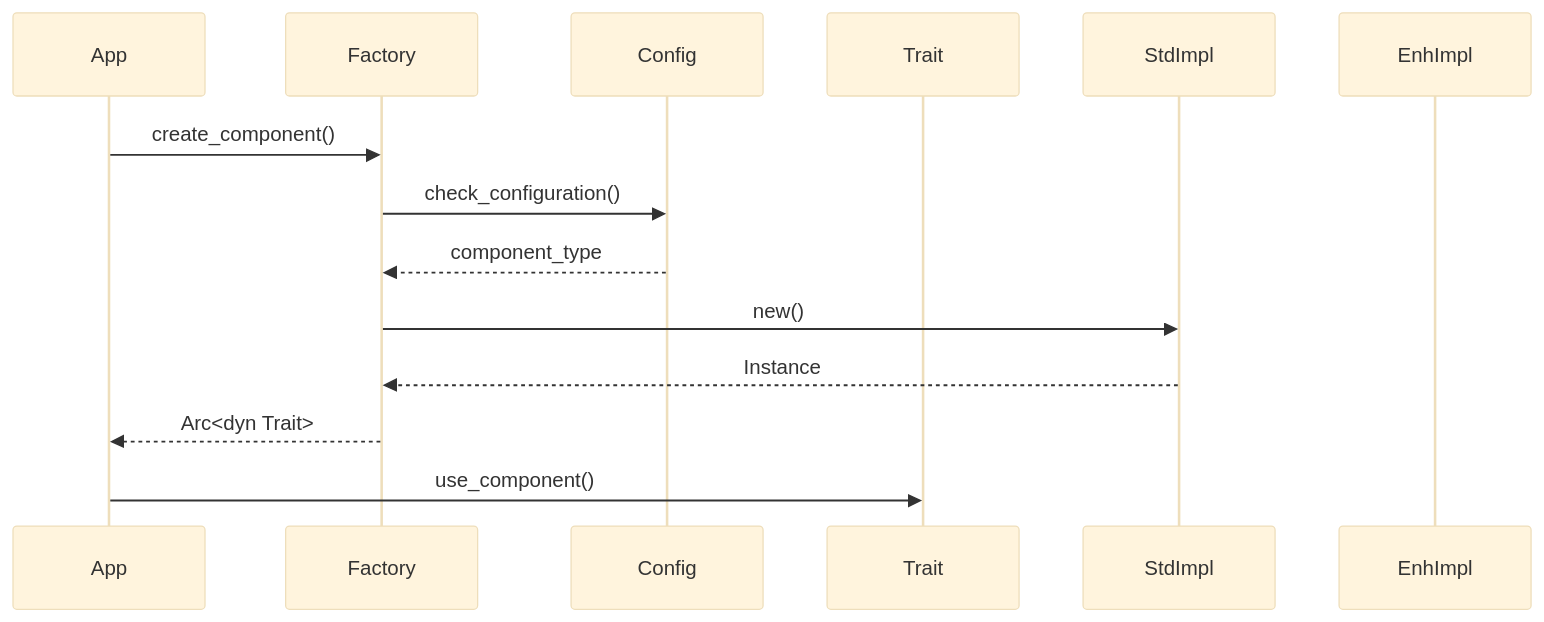
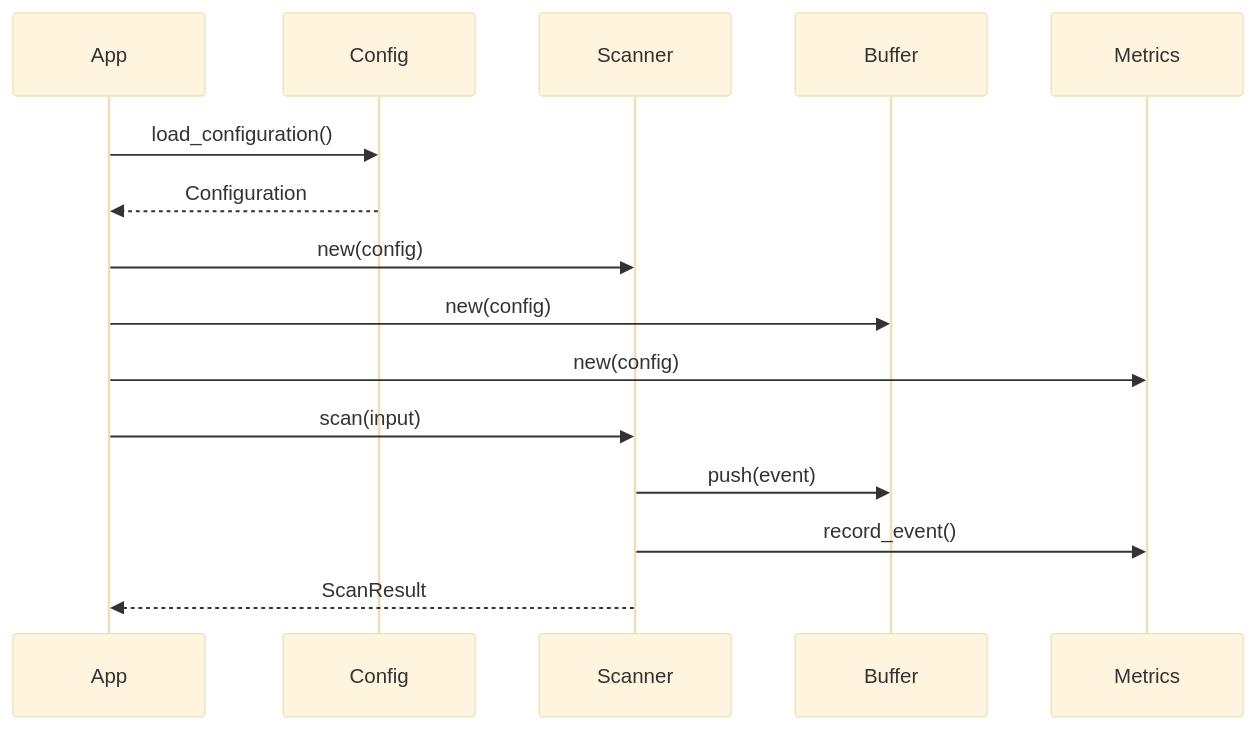
Before and after one commit to kindly-software-inc/kindly-guard: the third of 5 diagrams in docs/architecture/ARCHITECTURE.md, drawn with Mermaid (base theme). The commit also changed other lines of this file and 7 other files, not shown here.

````diff
--- a/docs/architecture/ARCHITECTURE.md
+++ b/docs/architecture/ARCHITECTURE.md
@@ -225,19 +213,20 @@
 ```mermaid
 sequenceDiagram
     participant App
-    participant Factory
     participant Config
-    participant Trait
-    participant StdImpl
-    participant EnhImpl
+    participant Scanner
+    participant Buffer
+    participant Metrics
     
-    App->>Factory: create_component()
-    Factory->>Config: check_configuration()
-    Config-->>Factory: component_type
+    App->>Config: load_configuration()
+    Config-->>App: Configuration
     
-    Factory->>StdImpl: new()
-    StdImpl-->>Factory: Instance
-    Factory-->>App: Arc<dyn Trait>
+    App->>Scanner: new(config)
+    App->>Buffer: new(config)
+    App->>Metrics: new(config)
     
-    App->>Trait: use_component()
+    App->>Scanner: scan(input)
+    Scanner->>Buffer: push(event)
+    Scanner->>Metrics: record_event()
+    Scanner-->>App: ScanResult
 ```
````
